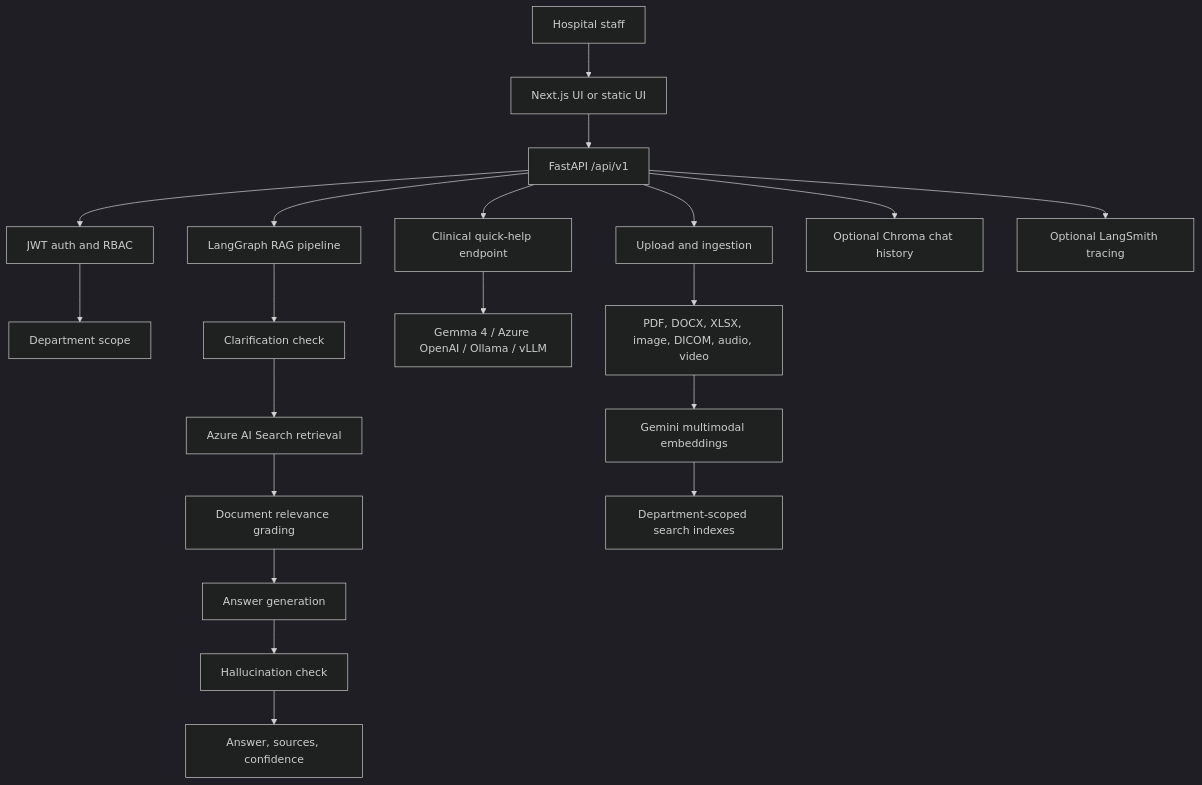
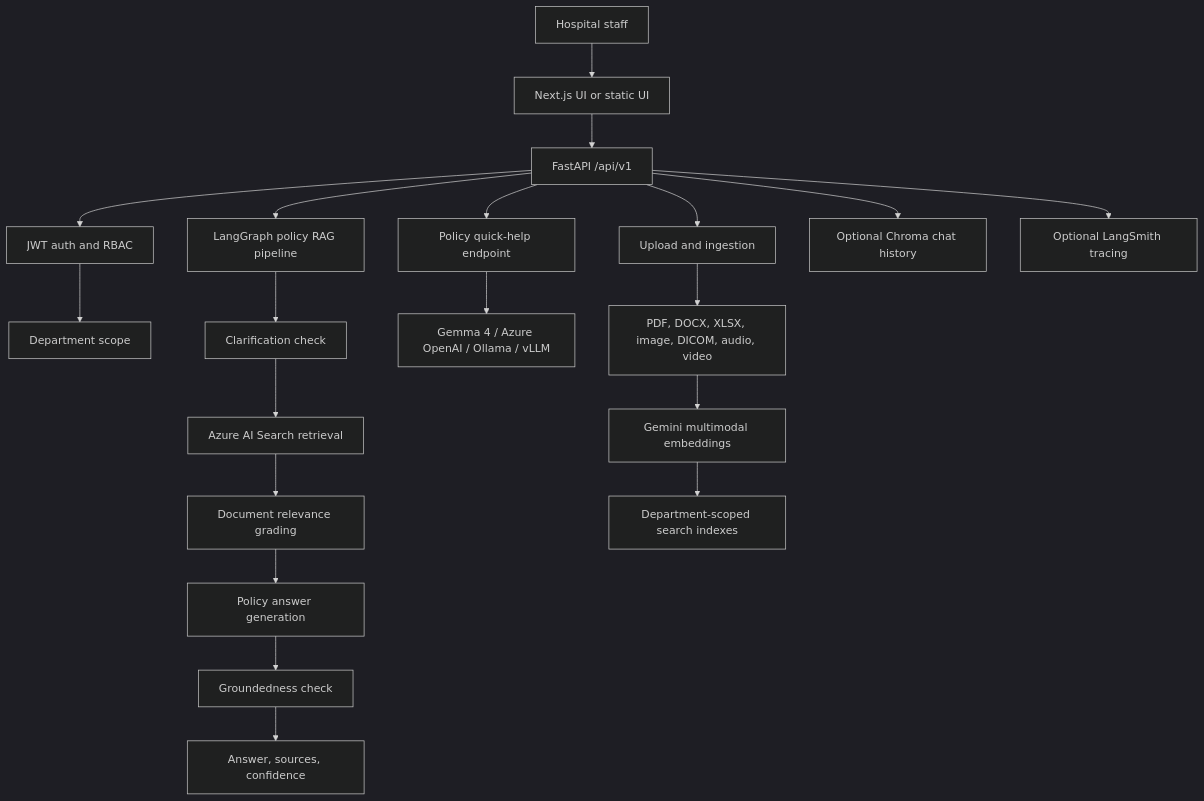
One commit to Anudeepsrib/ClinIQ changed the diagram in README.md. Above: the diagram before and after it, drawn with Mermaid (dark theme). The commit also changed other lines of this file and 36 other files, not shown here.

````diff
--- a/README.md
+++ b/README.md
@@ -54,26 +93,26 @@
 ```mermaid
 graph TD
     User["Hospital staff"] --> Frontend["Next.js UI or static UI"]
     Frontend --> API["FastAPI /api/v1"]
     API --> Auth["JWT auth and RBAC"]
     Auth --> Dept["Department scope"]
 
-    API --> Graph["LangGraph RAG pipeline"]
+    API --> Graph["LangGraph policy RAG pipeline"]
     Graph --> Clarify["Clarification check"]
     Clarify --> Retrieve["Azure AI Search retrieval"]
     Retrieve --> Grade["Document relevance grading"]
-    Grade --> Generate["Answer generation"]
-    Generate --> Verify["Hallucination check"]
+    Grade --> Generate["Policy answer generation"]
+    Generate --> Verify["Groundedness check"]
     Verify --> Response["Answer, sources, confidence"]
 
-    API --> Intel["Clinical quick-help endpoint"]
-    Intel --> Provider["Gemma 4 / Azure OpenAI / Ollama / vLLM"]
+    API --> QuickHelp["Policy quick-help endpoint"]
+    QuickHelp --> Provider["Gemma 4 / Azure OpenAI / Ollama / vLLM"]
 
     API --> Ingest["Upload and ingestion"]
     Ingest --> Parse["PDF, DOCX, XLSX, image, DICOM, audio, video"]
     Parse --> Embed["Gemini multimodal embeddings"]
     Embed --> SearchIndex["Department-scoped search indexes"]
 
     API --> History["Optional Chroma chat history"]
     API --> Trace["Optional LangSmith tracing"]
 ```
````
